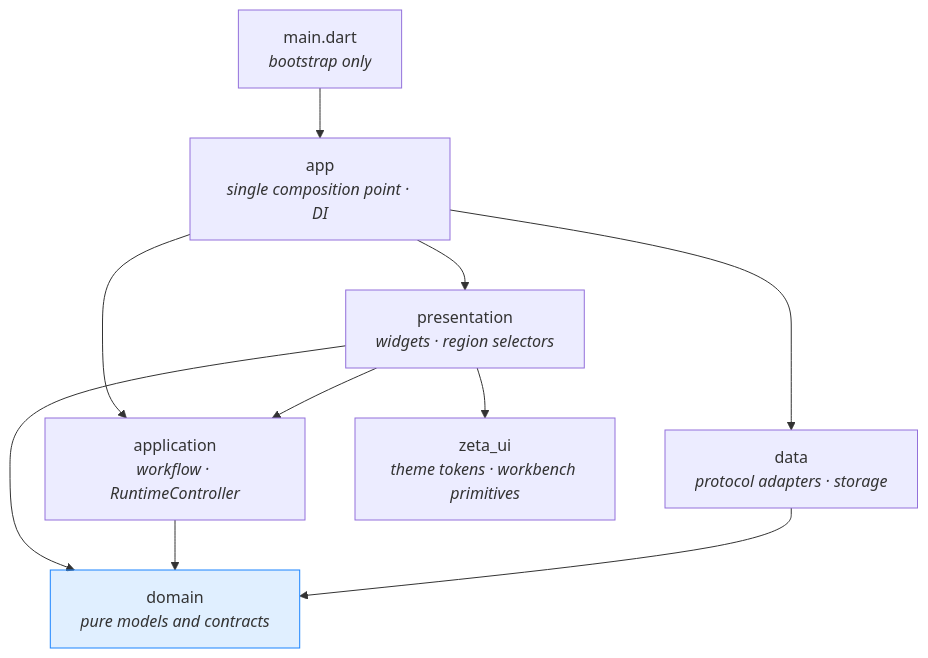
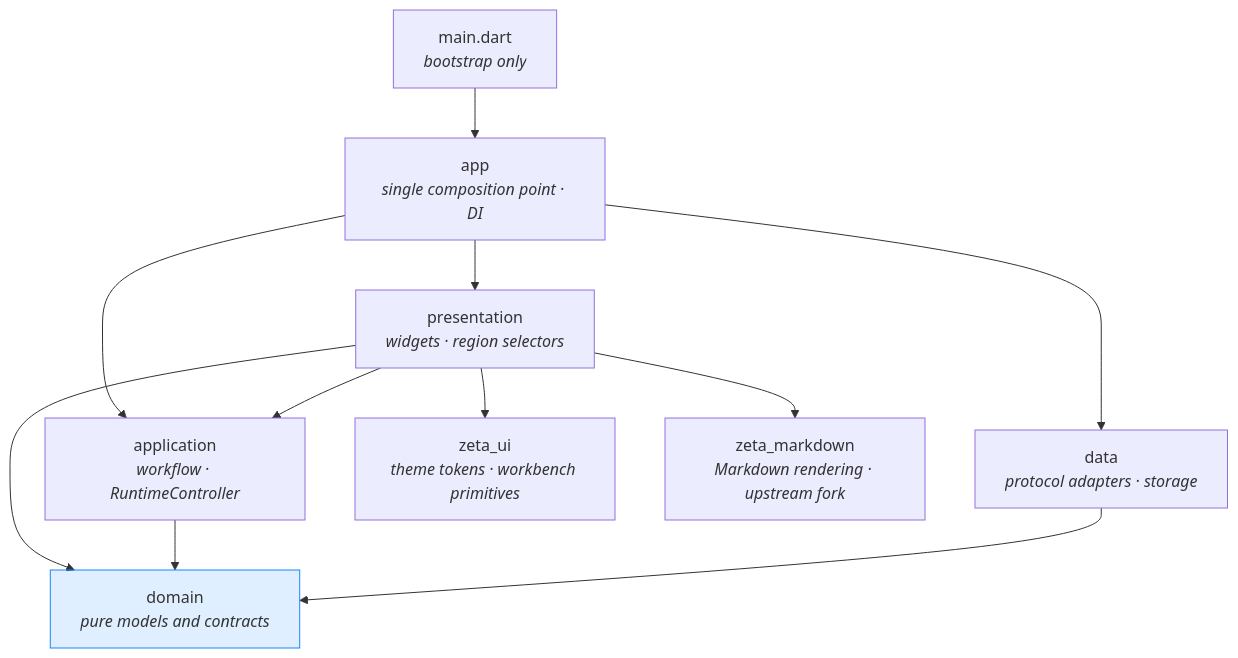
Before and after one commit to linpeilie/zeta: the first of 6 diagrams in docs/en/architecture/overview.md, drawn with Mermaid. The commit also changed other lines of this file and 12 other files, not shown here.

````diff
--- a/docs/en/architecture/overview.md
+++ b/docs/en/architecture/overview.md
@@ -19,15 +19,16 @@
 ```mermaid
 flowchart TD
     main["main.dart<br/><i>bootstrap only</i>"] --> app["app<br/><i>single composition point · DI</i>"]
     app --> pres["presentation<br/><i>widgets · region selectors</i>"]
     app --> appl["application<br/><i>workflow · RuntimeController</i>"]
     app --> data["data<br/><i>protocol adapters · storage</i>"]
     pres --> appl
     pres --> domain
     appl --> domain["domain<br/><i>pure models and contracts</i>"]
     data --> domain
     pres --> uicore["zeta_ui<br/><i>theme tokens · workbench primitives</i>"]
+    pres --> md["zeta_markdown<br/><i>Markdown rendering · upstream fork</i>"]
 
     classDef pure fill:#1B84FF22,stroke:#1B84FF
     class domain pure
 ```
````
